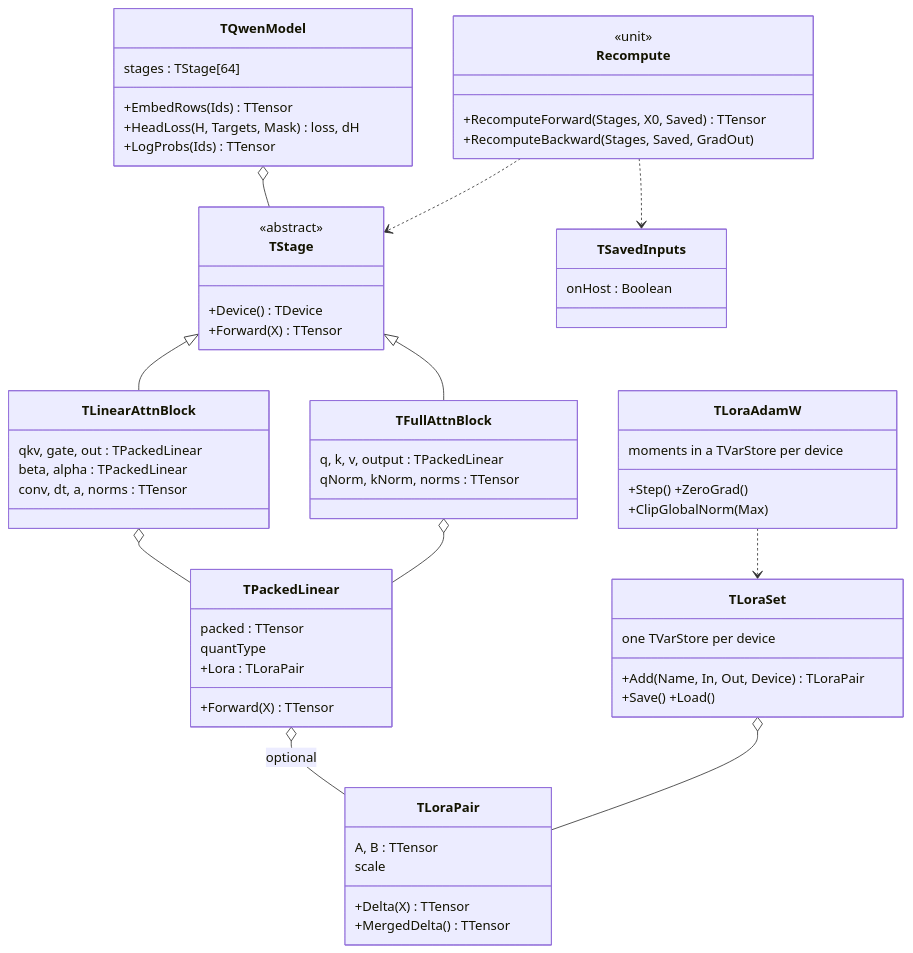
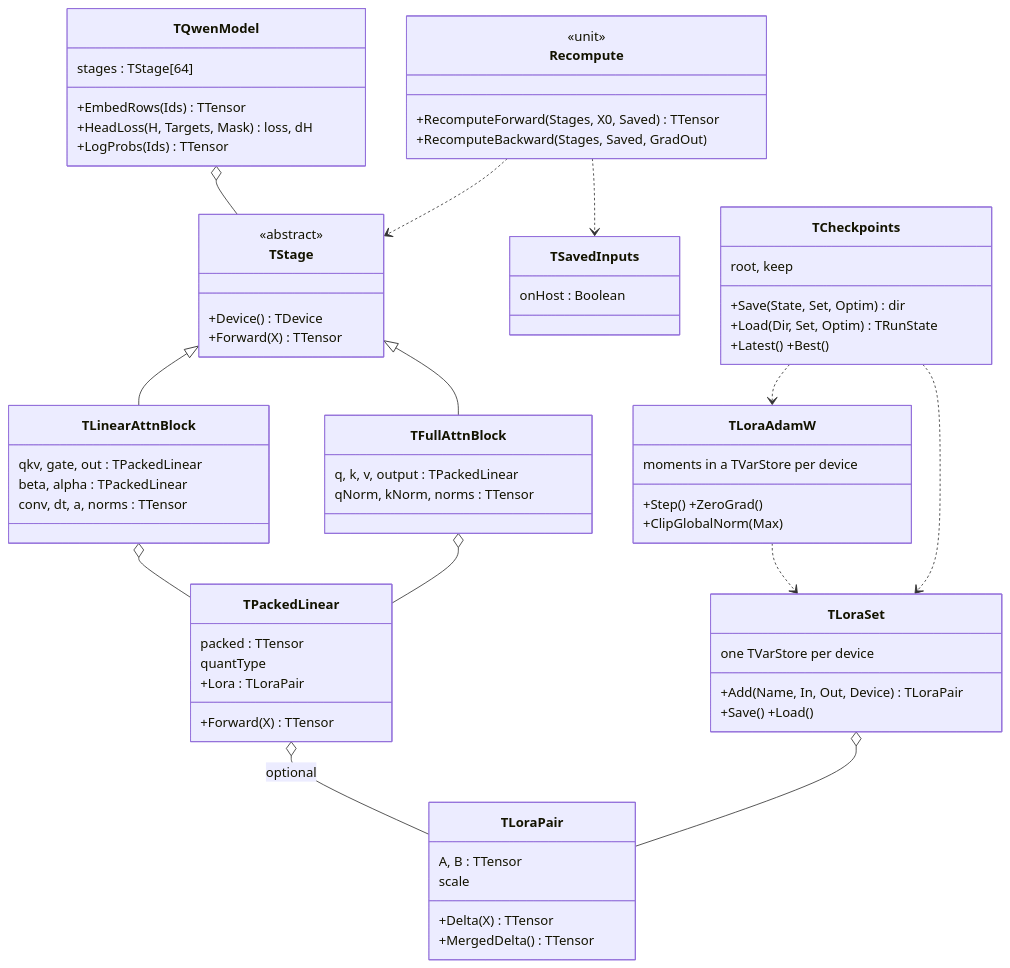
Diagram 11 of 13 in docs/UML.md (tankoha/tch-fpc), drawn with Mermaid before and after one commit. The commit also changed 16 other files, not shown here.

````diff
--- a/docs/UML.md
+++ b/docs/UML.md
@@ -676,63 +676,71 @@
 ```mermaid
 classDiagram
   class TStage {
     <<abstract>>
     +Device() TDevice
     +Forward(X) TTensor
   }
   class TLinearAttnBlock {
     qkv, gate, out : TPackedLinear
     beta, alpha : TPackedLinear
     conv, dt, a, norms : TTensor
   }
   class TFullAttnBlock {
     q, k, v, output : TPackedLinear
     qNorm, kNorm, norms : TTensor
   }
   class TPackedLinear {
     packed : TTensor
     quantType
     +Forward(X) TTensor
     +Lora : TLoraPair
   }
   class TLoraPair {
     A, B : TTensor
     scale
     +Delta(X) TTensor
     +MergedDelta() TTensor
   }
   class TLoraSet {
     one TVarStore per device
     +Add(Name, In, Out, Device) TLoraPair
     +Save() +Load()
   }
   class TSavedInputs {
     onHost : Boolean
   }
   class Recompute {
     <<unit>>
     +RecomputeForward(Stages, X0, Saved) TTensor
     +RecomputeBackward(Stages, Saved, GradOut)
   }
   class TLoraAdamW {
     moments in a TVarStore per device
     +Step() +ZeroGrad()
     +ClipGlobalNorm(Max)
   }
+  class TCheckpoints {
+    root, keep
+    +Save(State, Set, Optim) dir
+    +Load(Dir, Set, Optim) TRunState
+    +Latest() +Best()
+  }
   class TQwenModel {
     stages : TStage[64]
     +EmbedRows(Ids) TTensor
     +HeadLoss(H, Targets, Mask) loss, dH
     +LogProbs(Ids) TTensor
   }
   TStage <|-- TLinearAttnBlock
   TStage <|-- TFullAttnBlock
   TLinearAttnBlock o-- TPackedLinear
   TFullAttnBlock o-- TPackedLinear
   TPackedLinear o-- TLoraPair : optional
   TLoraSet o-- TLoraPair
   TQwenModel o-- TStage
   Recompute ..> TStage
   Recompute ..> TSavedInputs
   TLoraAdamW ..> TLoraSet
+  TCheckpoints ..> TLoraSet
+  TCheckpoints ..> TLoraAdamW
 ```
````
